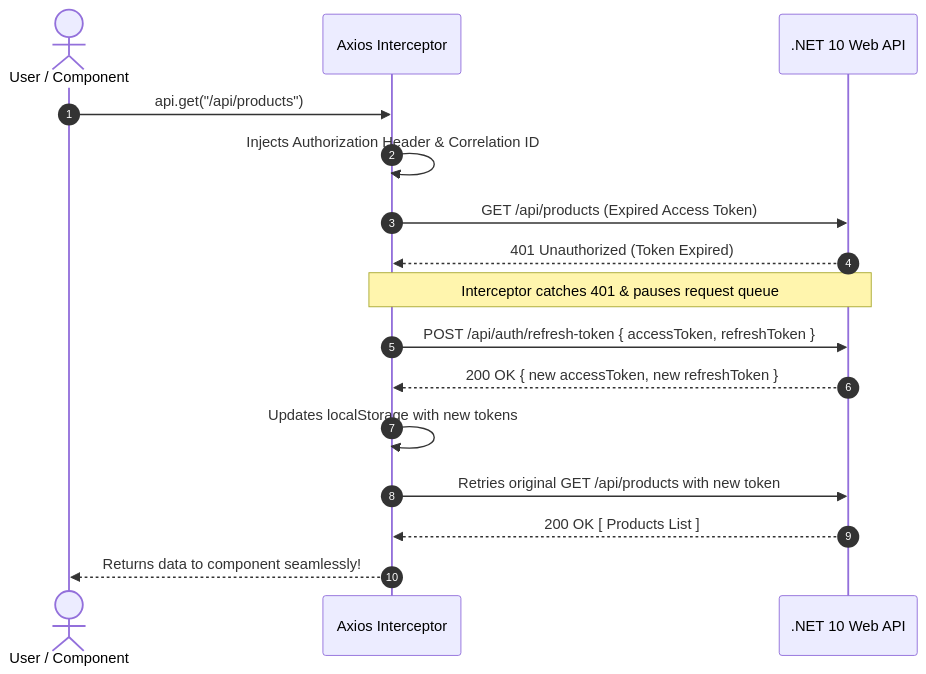
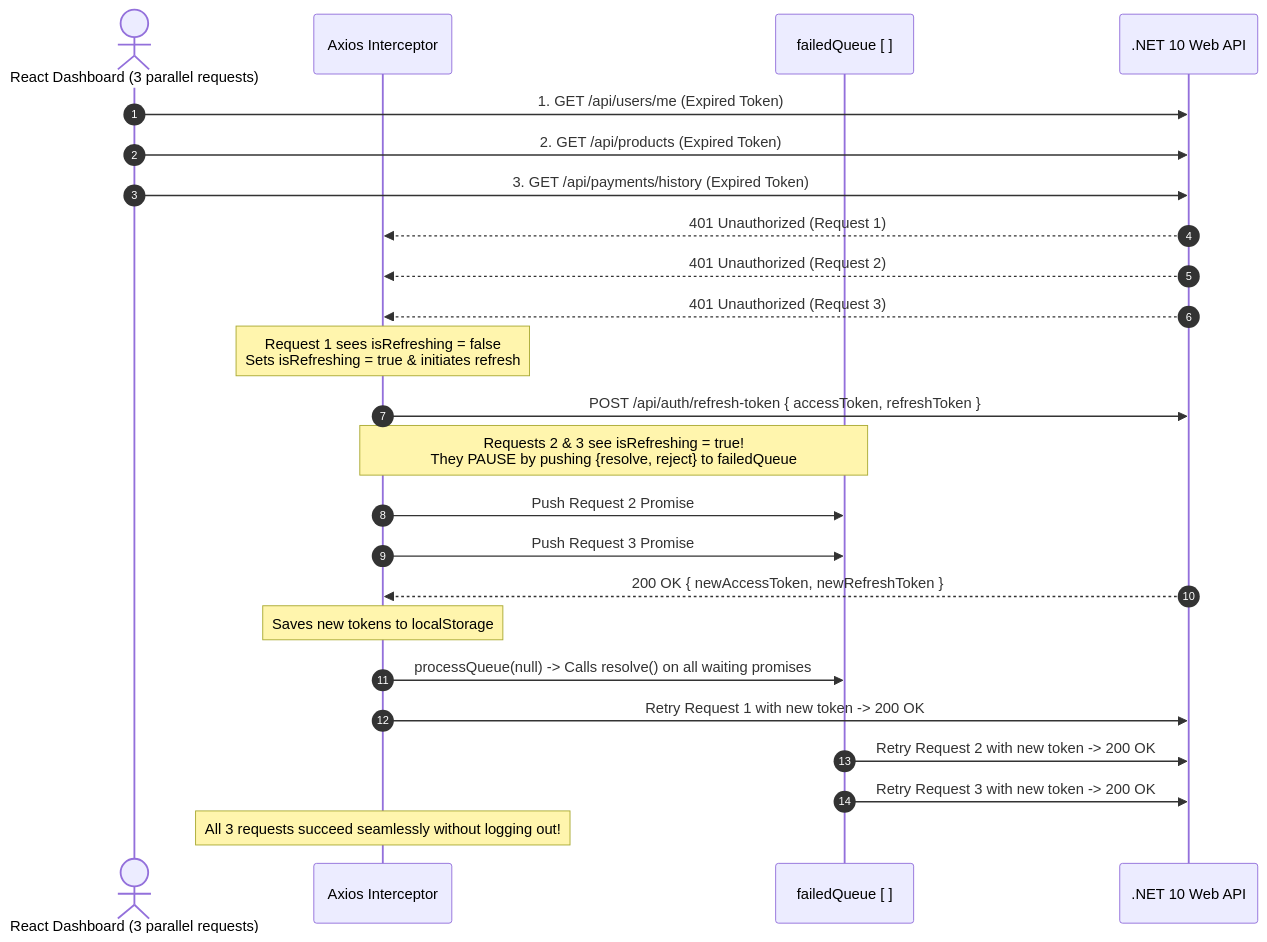
One commit to hoangtran1411/clean changed the second of 2 diagrams in docs-frontend/03-axios-interceptors-and-jwt-token-refresh.md. Above: the diagram before and after it, drawn with Mermaid. The commit also changed other lines of this file, not shown here.

Commit message:
feat: Enhance documentation on Axios interceptors and token refresh mechanism in SPAs

````diff
--- a/docs-frontend/03-axios-interceptors-and-jwt-token-refresh.md
+++ b/docs-frontend/03-axios-interceptors-and-jwt-token-refresh.md
@@ -11,19 +46,32 @@
 ```mermaid
 sequenceDiagram
     autonumber
-    actor User as User / Component
+    actor Dashboard as React Dashboard (3 parallel requests)
     participant Axios as Axios Interceptor
+    participant Queue as failedQueue [ ]
     participant API as .NET 10 Web API
 
-    User->>Axios: api.get("/api/products")
-    Axios->>Axios: Injects Authorization Header & Correlation ID
-    Axios->>API: GET /api/products (Expired Access Token)
-    API-->>Axios: 401 Unauthorized (Token Expired)
-    Note over Axios, API: Interceptor catches 401 & pauses request queue
+    Dashboard->>API: 1. GET /api/users/me (Expired Token)
+    Dashboard->>API: 2. GET /api/products (Expired Token)
+    Dashboard->>API: 3. GET /api/payments/history (Expired Token)
+
+    API-->>Axios: 401 Unauthorized (Request 1)
+    API-->>Axios: 401 Unauthorized (Request 2)
+    API-->>Axios: 401 Unauthorized (Request 3)
+
+    Note over Axios: Request 1 sees isRefreshing = false<br/>Sets isRefreshing = true & initiates refresh
     Axios->>API: POST /api/auth/refresh-token { accessToken, refreshToken }
-    API-->>Axios: 200 OK { new accessToken, new refreshToken }
-    Axios->>Axios: Updates localStorage with new tokens
-    Axios->>API: Retries original GET /api/products with new token
-    API-->>Axios: 200 OK [ Products List ]
-    Axios-->>User: Returns data to component seamlessly!
+
+    Note over Axios, Queue: Requests 2 & 3 see isRefreshing = true!<br/>They PAUSE by pushing {resolve, reject} to failedQueue
+    Axios->>Queue: Push Request 2 Promise
+    Axios->>Queue: Push Request 3 Promise
+
+    API-->>Axios: 200 OK { newAccessToken, newRefreshToken }
+    Note over Axios: Saves new tokens to localStorage
+
+    Axios->>Queue: processQueue(null) -> Calls resolve() on all waiting promises
+    Axios->>API: Retry Request 1 with new token -> 200 OK
+    Queue->>API: Retry Request 2 with new token -> 200 OK
+    Queue->>API: Retry Request 3 with new token -> 200 OK
+    Note over Axios: All 3 requests succeed seamlessly without logging out!
 ```
````
